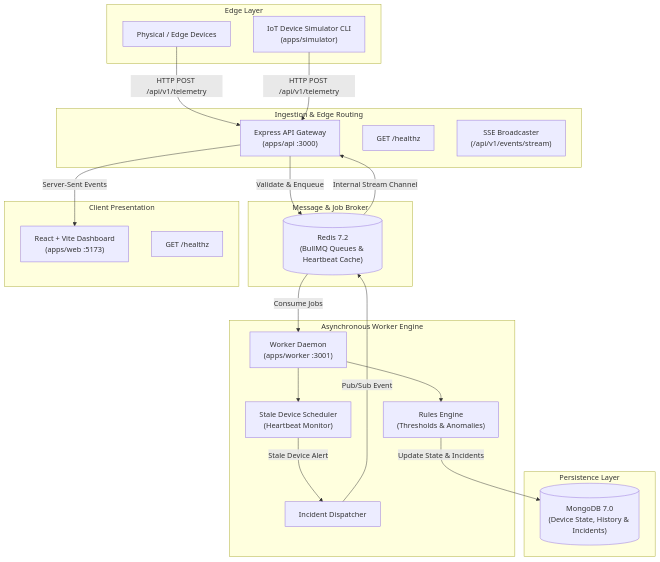
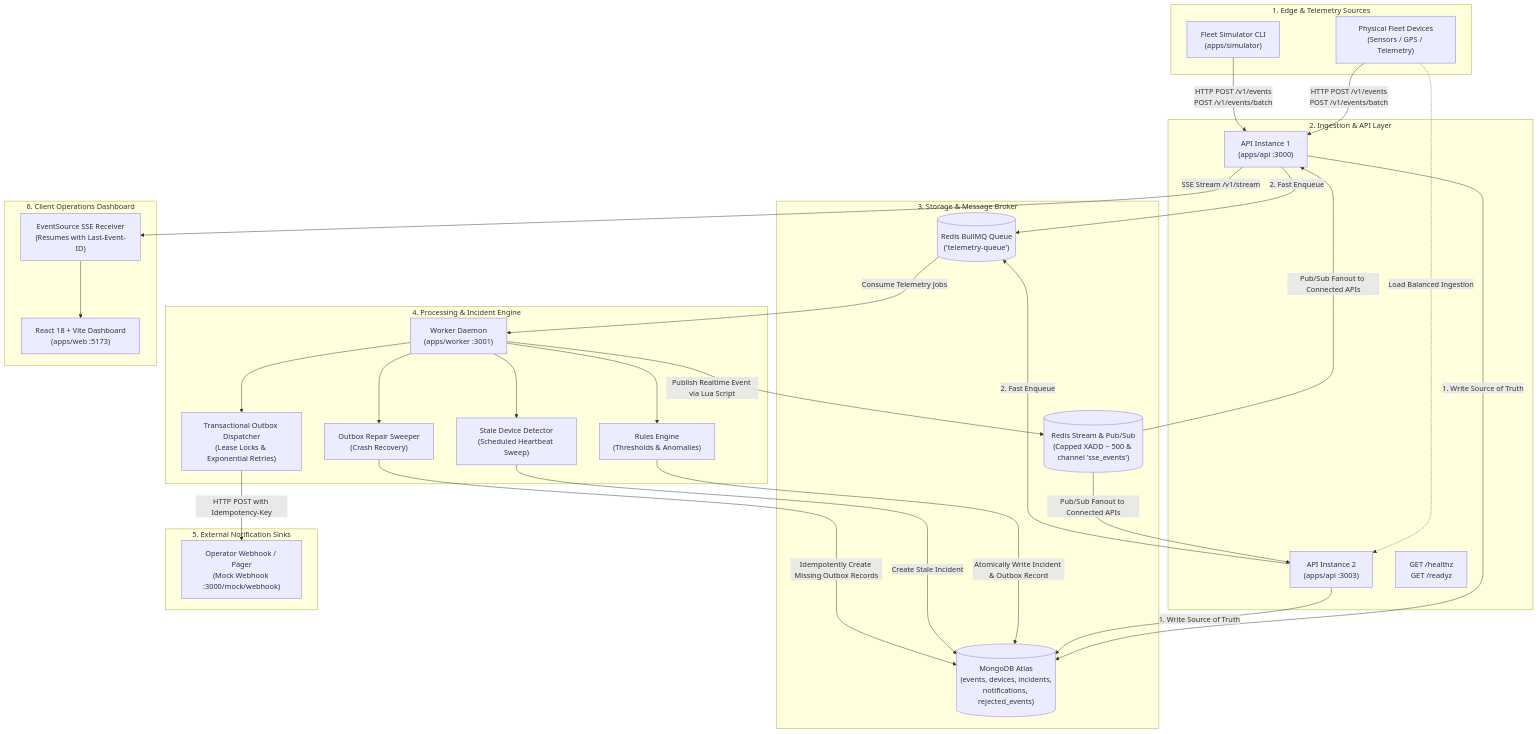
Before and after one commit to Mohit8103/realtime-fleet-operations: the first of 2 diagrams in docs/ARCHITECTURE.md, drawn with Mermaid. The commit also changed other lines of this file and 6 other files, not shown here.

Commit message:
docs: complete system documentation, architecture, protocols, and deployment guides

````diff
--- a/docs/ARCHITECTURE.md
+++ b/docs/ARCHITECTURE.md
@@ -13,45 +17,65 @@
 ```mermaid
 flowchart TD
-    subgraph Edge ["Edge Layer"]
-        SIM["IoT Device Simulator CLI<br/>(apps/simulator)"]
-        DEV["Physical / Edge Devices"]
+    subgraph Edge ["1. Edge & Telemetry Sources"]
+        DEV["Physical Fleet Devices<br/>(Sensors / GPS / Telemetry)"]
+        SIM["Fleet Simulator CLI<br/>(apps/simulator)"]
     end
 
-    subgraph Ingestion ["Ingestion & Edge Routing"]
-        API["Express API Gateway<br/>(apps/api :3000)"]
-        HEALTH_API["GET /healthz"]
-        SSE["SSE Broadcaster<br/>(/api/v1/events/stream)"]
+    subgraph API_Cluster ["2. Ingestion & API Layer"]
+        API1["API Instance 1<br/>(apps/api :3000)"]
+        API2["API Instance 2<br/>(apps/api :3003)"]
+        HEALTH["GET /healthz<br/>GET /readyz"]
     end
 
-    subgraph Queue ["Message & Job Broker"]
-        REDIS[("Redis 7.2<br/>(BullMQ Queues & Heartbeat Cache)")]
+    subgraph Storage_Queue ["3. Storage & Message Broker"]
+        MONGO[("MongoDB Atlas<br/>(events, devices, incidents,<br/>notifications, rejected_events)")]
+        REDIS_QUEUE[("Redis BullMQ Queue<br/>('telemetry-queue')")]
+        REDIS_STREAM[("Redis Stream & Pub/Sub<br/>(Capped XADD ~ 500 & channel 'sse_events')")]
     end
 
-    subgraph Processing ["Asynchronous Worker Engine"]
+    subgraph Worker_Layer ["4. Processing & Incident Engine"]
         WORKER["Worker Daemon<br/>(apps/worker :3001)"]
-        RULES["Rules Engine<br/>(Thresholds & Anomalies)"]
-        STALE["Stale Device Scheduler<br/>(Heartbeat Monitor)"]
-        DISPATCH["Incident Dispatcher"]
+        ENGINE["Rules Engine<br/>(Thresholds & Anomalies)"]
+        STALE["Stale Device Detector<br/>(Scheduled Heartbeat Sweep)"]
+        OUTBOX["Transactional Outbox Dispatcher<br/>(Lease Locks & Exponential Retries)"]
+        REPAIR["Outbox Repair Sweeper<br/>(Crash Recovery)"]
     end
 
-    subgraph Persistence ["Persistence Layer"]
-        MONGO[("MongoDB 7.0<br/>(Device State, History & Incidents)")]
+    subgraph Notification_Sink ["5. External Notification Sinks"]
+        WEBHOOK["Operator Webhook / Pager<br/>(Mock Webhook :3000/mock/webhook)"]
     end
 
-    subgraph Client ["Client Presentation"]
-        WEB["React + Vite Dashboard<br/>(apps/web :5173)"]
-        HEALTH_WEB["GET /healthz"]
+    subgraph Frontend ["6. Client Operations Dashboard"]
+        WEB["React 18 + Vite Dashboard<br/>(apps/web :5173)"]
+        SSE_CLIENT["EventSource SSE Receiver<br/>(Resumes with Last-Event-ID)"]
     end
 
-    DEV -->|HTTP POST /api/v1/telemetry| API
-    SIM -->|HTTP POST /api/v1/telemetry| API
-    API -->|Validate & Enqueue| REDIS
-    REDIS -->|Consume Jobs| WORKER
-    WORKER --> RULES
-    RULES -->|Update State & Incidents| MONGO
+    %% Flow connections
+    DEV -->|HTTP POST /v1/events<br/>POST /v1/events/batch| API1
+    SIM -->|HTTP POST /v1/events<br/>POST /v1/events/batch| API1
+    DEV -.->|Load Balanced Ingestion| API2
+
+    API1 -->|1. Write Source of Truth| MONGO
+    API1 -->|2. Fast Enqueue| REDIS_QUEUE
+    API2 -->|1. Write Source of Truth| MONGO
+    API2 -->|2. Fast Enqueue| REDIS_QUEUE
+
+    REDIS_QUEUE -->|Consume Telemetry Jobs| WORKER
+    WORKER --> ENGINE
     WORKER --> STALE
-    STALE -->|Stale Device Alert| DISPATCH
-    DISPATCH -->|Pub/Sub Event| REDIS
-    REDIS -->|Internal Stream Channel| API
-    API -->|Server-Sent Events| WEB
+    WORKER --> OUTBOX
+    WORKER --> REPAIR
+
+    ENGINE -->|Atomically Write Incident & Outbox Record| MONGO
+    STALE -->|Create Stale Incident| MONGO
+    REPAIR -->|Idempotently Create Missing Outbox Records| MONGO
+
+    OUTBOX -->|HTTP POST with Idempotency-Key| WEBHOOK
+
+    WORKER -->|Publish Realtime Event via Lua Script| REDIS_STREAM
+    REDIS_STREAM -->|Pub/Sub Fanout to Connected APIs| API1
+    REDIS_STREAM -->|Pub/Sub Fanout to Connected APIs| API2
+
+    API1 -->|SSE Stream /v1/stream| SSE_CLIENT
+    SSE_CLIENT --> WEB
 ```
````
